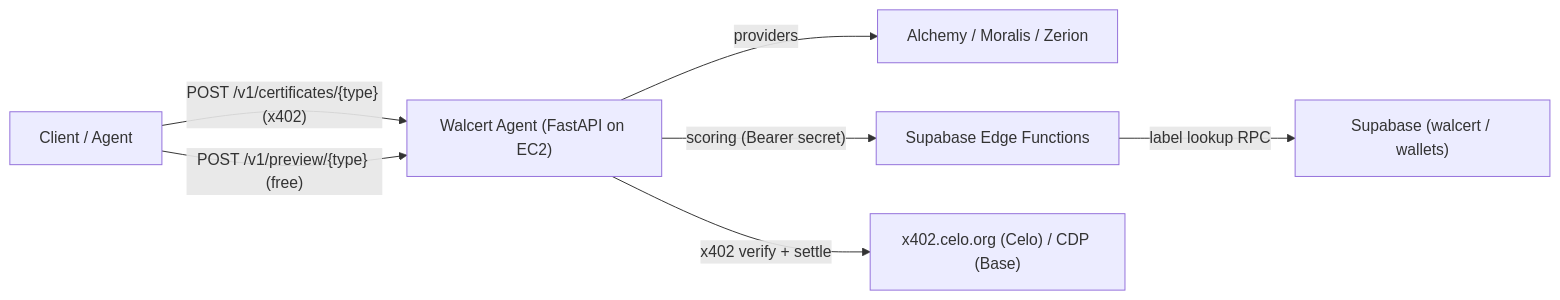
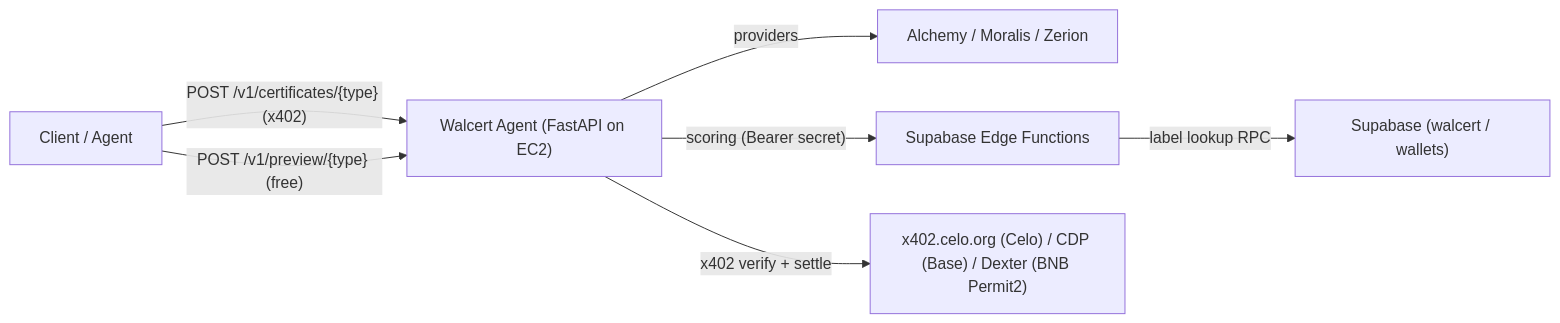
The diagram in README.md (GlobalScoreAgent/walcert-agent), drawn with Mermaid before and after one commit. The commit also changed other lines of this file and 21 other files, not shown here.

First line of the commit message:
Add BNB x402 Permit2 rail and soulbound receipt NFT.

````diff
--- a/README.md
+++ b/README.md
@@ -38,9 +39,9 @@
 ```mermaid
 flowchart LR
   Client["Client / Agent"] -->|"POST /v1/certificates/{type} (x402)"| Agent["Walcert Agent (FastAPI on EC2)"]
   Client -->|"POST /v1/preview/{type} (free)"| Agent
   Agent -->|"providers"| Providers["Alchemy / Moralis / Zerion"]
   Agent -->|"scoring (Bearer secret)"| Edge["Supabase Edge Functions"]
   Edge -->|"label lookup RPC"| DB["Supabase (walcert / wallets)"]
-  Agent -->|"x402 verify + settle"| Facilitator["x402.celo.org (Celo) / CDP (Base)"]
+  Agent -->|"x402 verify + settle"| Facilitator["x402.celo.org (Celo) / CDP (Base) / Dexter (BNB Permit2)"]
 ```
````
